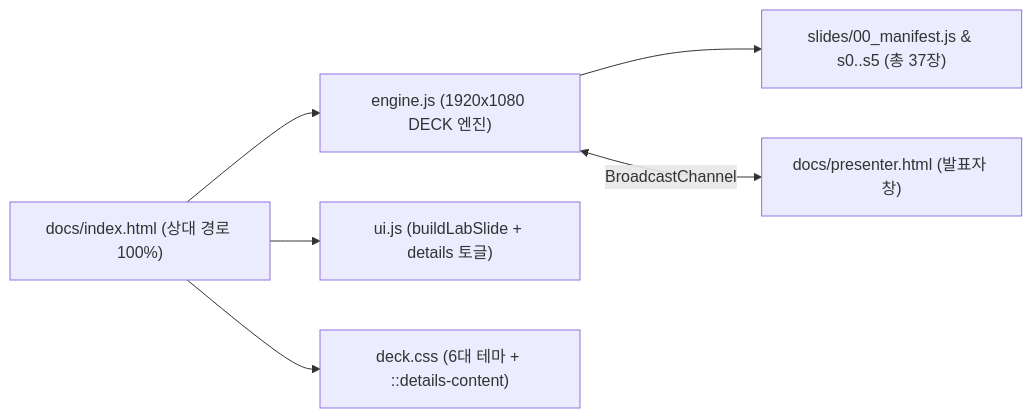
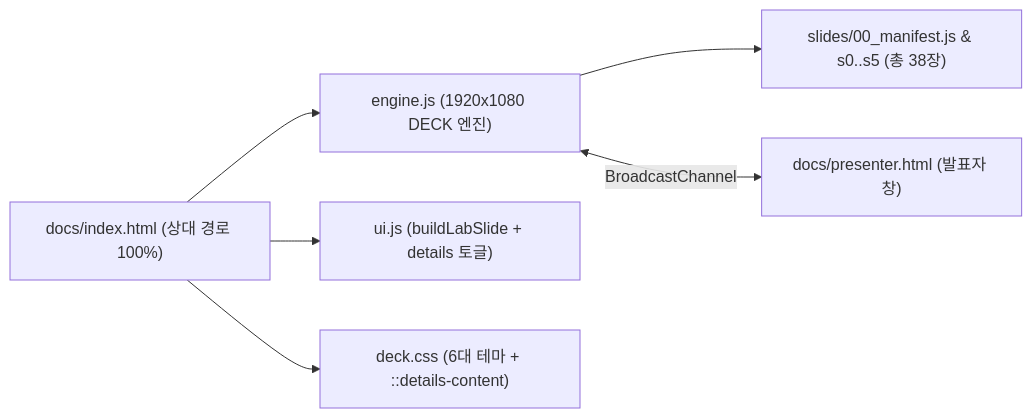
Before and after one commit to yojulab/learn_Loop_engineering: the diagram in docs/README.md, drawn with Mermaid. The commit also changed 12 other files, not shown here.

````diff
--- a/docs/README.md
+++ b/docs/README.md
@@ -11,8 +11,8 @@
 ```mermaid
 flowchart LR
     IDX["docs/index.html (상대 경로 100%)"] --> ENG["engine.js (1920x1080 DECK 엔진)"]
     IDX --> UI["ui.js (buildLabSlide + details 토글)"]
     IDX --> CSS["deck.css (6대 테마 + ::details-content)"]
-    ENG --> SL["slides/00_manifest.js & s0..s5 (총 37장)"]
+    ENG --> SL["slides/00_manifest.js & s0..s5 (총 38장)"]
     ENG <-->|"BroadcastChannel"| PRS["docs/presenter.html (발표자 창)"]
 ```
````
